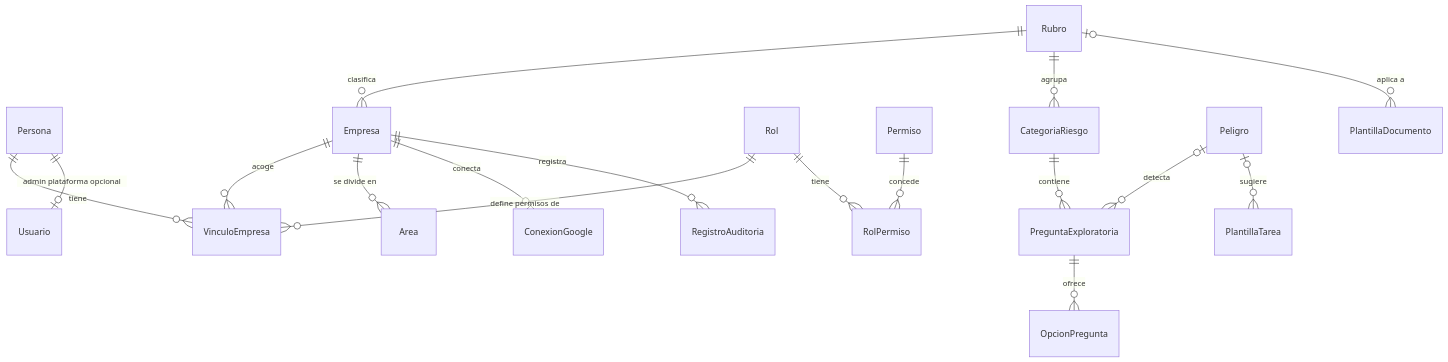
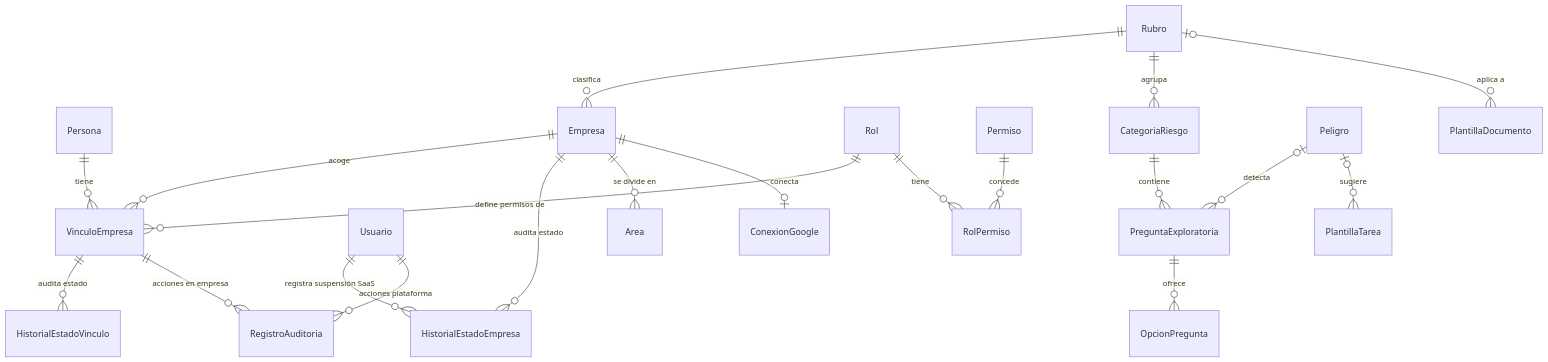
Before and after one commit to ddestephen/Sistemas-Expertos: the first of 4 diagrams in docs/12-modelo-datos.md, drawn with Mermaid. The commit also changed other lines of this file and 8 other files, not shown here.

````diff
--- a/docs/12-modelo-datos.md
+++ b/docs/12-modelo-datos.md
@@ -81,19 +81,22 @@
 ```mermaid
 erDiagram
     Persona ||--o{ VinculoEmpresa : "tiene"
     Empresa ||--o{ VinculoEmpresa : "acoge"
+    Empresa ||--o{ HistorialEstadoEmpresa : "audita estado"
+    VinculoEmpresa ||--o{ HistorialEstadoVinculo : "audita estado"
+    Usuario ||--o{ HistorialEstadoEmpresa : "registra suspensión SaaS"
     Rol ||--o{ VinculoEmpresa : "define permisos de"
     Rol ||--o{ RolPermiso : "tiene"
     Permiso ||--o{ RolPermiso : "concede"
-    Persona ||--o| Usuario : "admin plataforma opcional"
+    Usuario ||--o{ RegistroAuditoria : "acciones plataforma"
+    VinculoEmpresa ||--o{ RegistroAuditoria : "acciones en empresa"
     Rubro ||--o{ Empresa : "clasifica"
     Empresa ||--o{ Area : "se divide en"
     Empresa ||--o| ConexionGoogle : "conecta"
-    Empresa ||--o{ RegistroAuditoria : "registra"
     Rubro ||--o{ CategoriaRiesgo : "agrupa"
     CategoriaRiesgo ||--o{ PreguntaExploratoria : "contiene"
     PreguntaExploratoria ||--o{ OpcionPregunta : "ofrece"
     Peligro |o--o{ PreguntaExploratoria : "detecta"
     Peligro |o--o{ PlantillaTarea : "sugiere"
     Rubro |o--o{ PlantillaDocumento : "aplica a"
 ```
````
